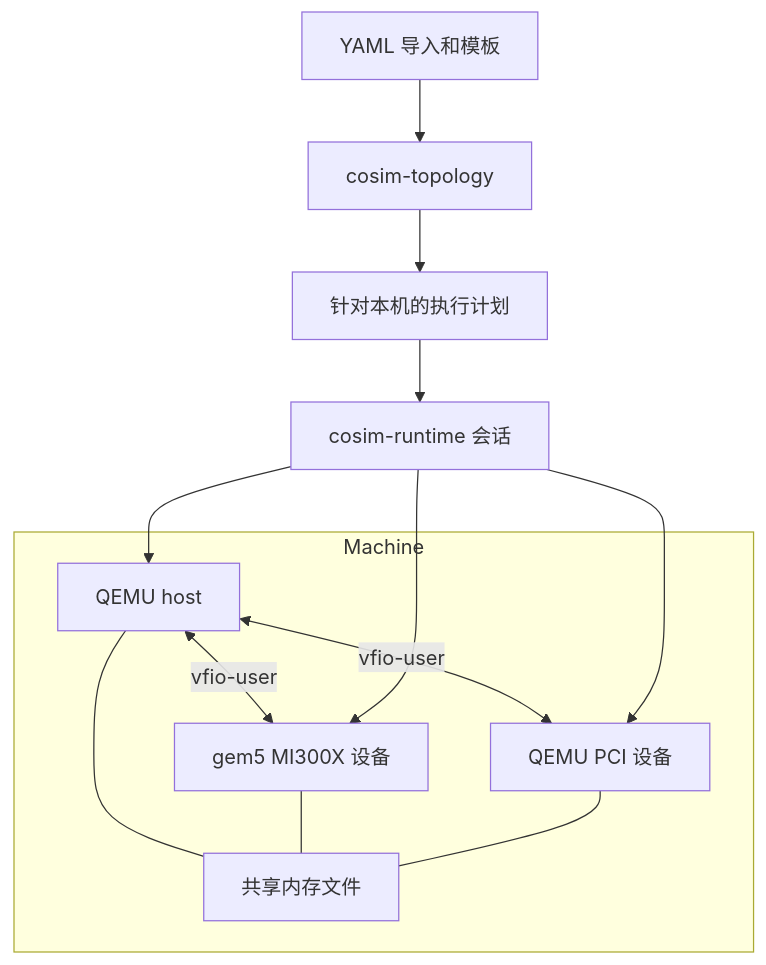
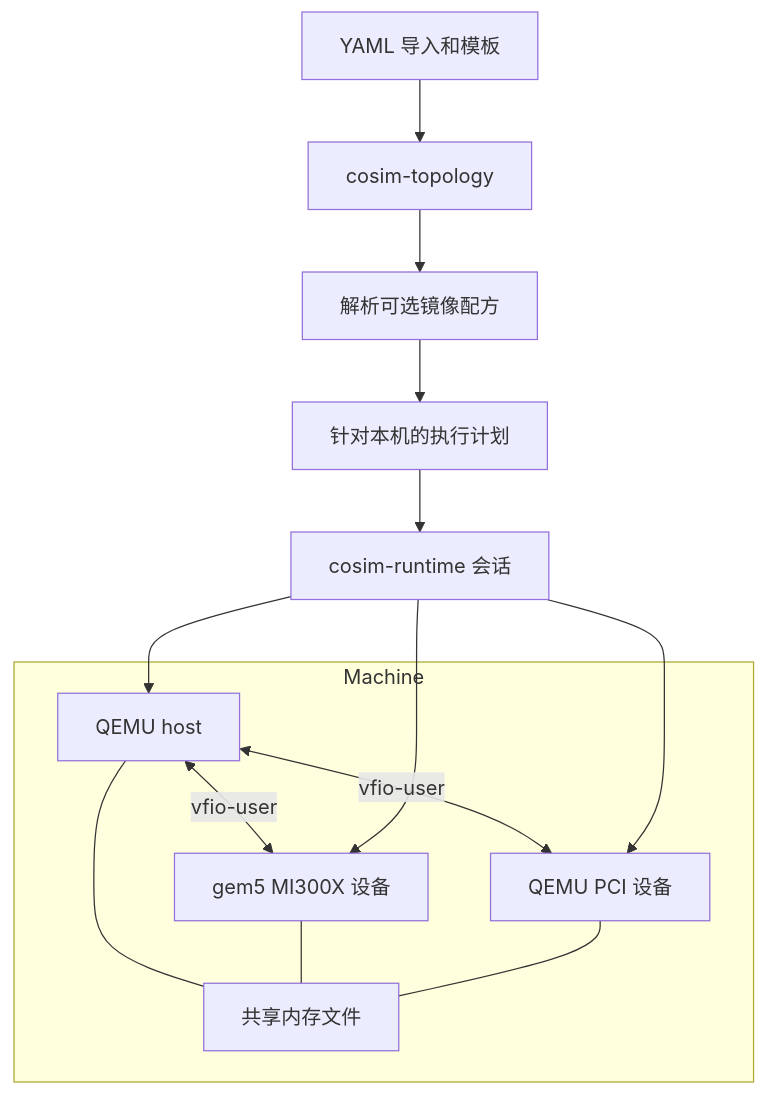
Before and after one commit to chengchen512/cosim-gpu: the first of 3 diagrams in docs/zh/architecture.md, drawn with Mermaid. The commit also changed other lines of this file and 98 other files, not shown here.

````diff
--- a/docs/zh/architecture.md
+++ b/docs/zh/architecture.md
@@ -12,20 +12,21 @@
 ```mermaid
 flowchart TD
     Y[YAML 导入和模板] --> T[cosim-topology]
-    T --> P[针对本机的执行计划]
+    T --> I[解析可选镜像配方]
+    I --> P[针对本机的执行计划]
     P --> R[cosim-runtime 会话]
     subgraph M[Machine]
         H[QEMU host]
         G[gem5 MI300X 设备]
         Q[QEMU PCI 设备]
         F[共享内存文件]
         H <-->|vfio-user| G
         H <-->|vfio-user| Q
         H --- F
         G --- F
         Q --- F
     end
     R --> H
     R --> G
     R --> Q
 ```
````
